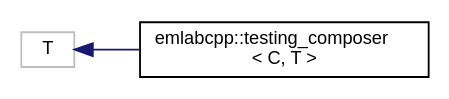
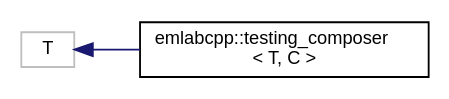
Before and after one commit to koniarik/emlabcpp: the diagram in inherit_graph_94.dot, drawn with Graphviz. The commit also changed 646 other files, not shown here.

```diff
--- a/inherit_graph_94.dot
+++ b/inherit_graph_94.dot
@@ -1,10 +1,10 @@
 digraph "Graphical Class Hierarchy"
 {
  // LATEX_PDF_SIZE
   edge [fontname="Helvetica",fontsize="10",labelfontname="Helvetica",labelfontsize="10"];
   node [fontname="Helvetica",fontsize="10",shape=record];
   rankdir="LR";
   Node160 [label="T",height=0.2,width=0.4,color="grey75", fillcolor="white", style="filled",tooltip=" "];
   Node160 -> Node0 [dir="back",color="midnightblue",fontsize="10",style="solid",fontname="Helvetica"];
-  Node0 [label="emlabcpp::testing_composer\l\< C, T \>",height=0.2,width=0.4,color="black", fillcolor="white", style="filled",URL="$classemlabcpp_1_1testing__composer.html",tooltip=" "];
+  Node0 [label="emlabcpp::testing_composer\l\< T, C \>",height=0.2,width=0.4,color="black", fillcolor="white", style="filled",URL="$classemlabcpp_1_1testing__composer.html",tooltip=" "];
 }
```
